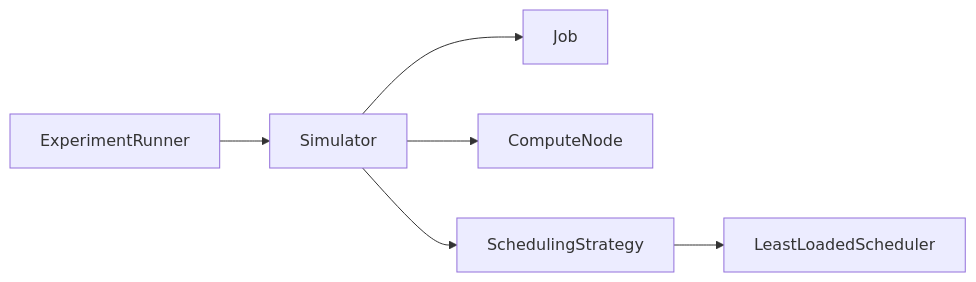
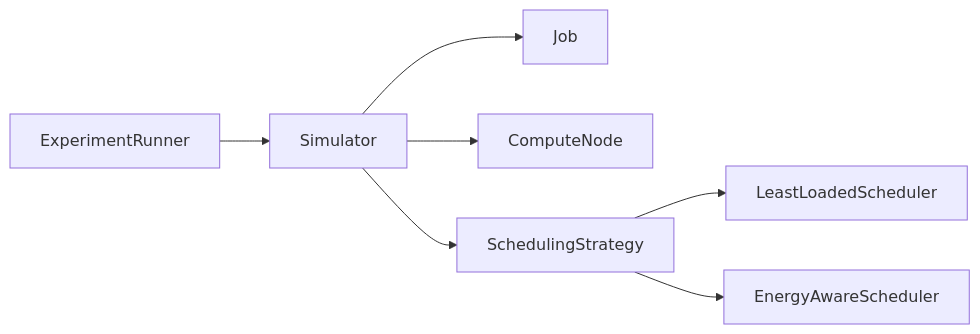
The diagram in README.md (gokkayai/orbital-scheduler), drawn with Mermaid before and after one commit. The commit also changed other lines of this file and 2 other files, not shown here.

Commit message:
Add energy-aware scheduling strategy

````diff
--- a/README.md
+++ b/README.md
@@ -31,8 +32,9 @@
 ```mermaid
 flowchart LR
     ExperimentRunner --> Simulator
     Simulator --> Job
     Simulator --> ComputeNode
     Simulator --> SchedulingStrategy
     SchedulingStrategy --> LeastLoadedScheduler
+    SchedulingStrategy --> EnergyAwareScheduler
 ```
````
